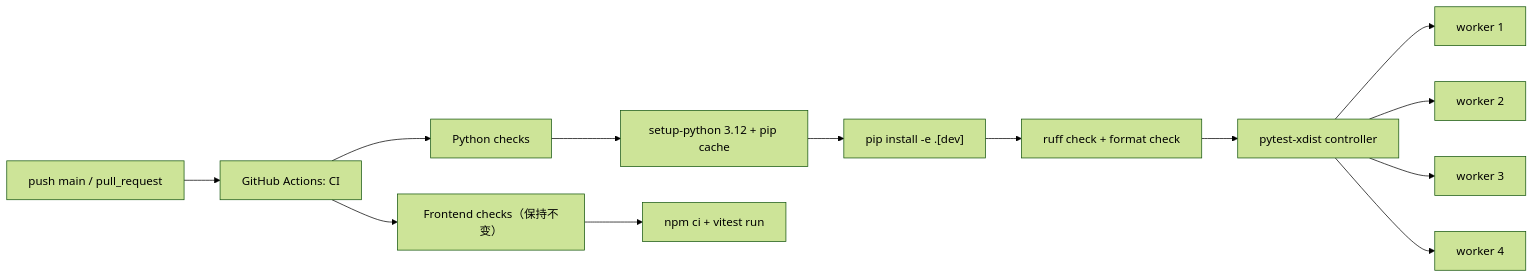
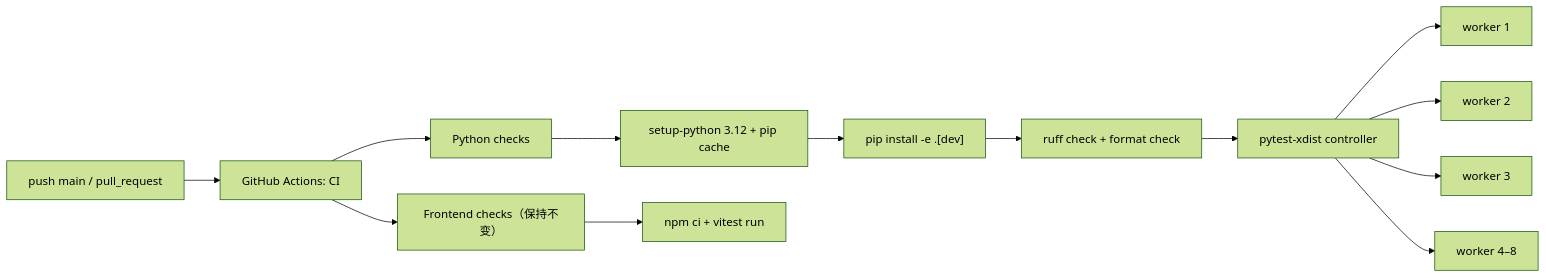
One commit to Mrchen116/nano-multiagent changed the first of 2 diagrams in docs/changes/perf-458-ci-speed/design.md. Above: the diagram before and after it, drawn with Mermaid (forest theme). The commit also changed other lines of this file and 2 other files, not shown here.

Commit message:
verify(perf-458/M1/R3): 记录四 worker 远端未达标

````diff
--- a/docs/changes/perf-458-ci-speed/design.md
+++ b/docs/changes/perf-458-ci-speed/design.md
@@ -49,17 +51,17 @@
 ```mermaid
 graph LR
     Event["push main / pull_request"] --> CI["GitHub Actions: CI"]
     CI --> Py["Python checks"]
     CI --> FE["Frontend checks（保持不变）"]
 
     Py --> Setup["setup-python 3.12 + pip cache"]
     Setup --> Install["pip install -e .[dev]"]
     Install --> Ruff["ruff check + format check"]
     Ruff --> XDist["pytest-xdist controller"]
     XDist --> W1["worker 1"]
     XDist --> W2["worker 2"]
     XDist --> W3["worker 3"]
-    XDist --> W4["worker 4"]
+    XDist --> WX["worker 4–8"]
 
     FE --> Vitest["npm ci + vitest run"]
 ```
````
